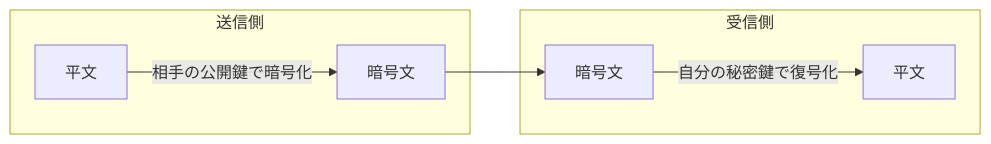
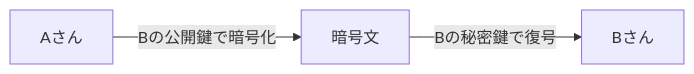
The sixth of 15 diagrams in docs/curriculum/02-aws-http.md (muratanaoki/party-box), drawn with Mermaid before and after one commit. The commit also changed other lines of this file, not shown here.

````diff
--- a/docs/curriculum/02-aws-http.md
+++ b/docs/curriculum/02-aws-http.md
@@ -210,12 +239,5 @@
 ```mermaid
 flowchart LR
-    subgraph 送信側
-        P1["平文"] -->|相手の公開鍵で暗号化| C1["暗号文"]
-    end
-
-    C1 --> C2["暗号文"]
-
-    subgraph 受信側
-        C2 -->|自分の秘密鍵で復号化| P2["平文"]
-    end
+    A["Aさん"] -->|Bの公開鍵で暗号化| Msg["暗号文"]
+    Msg -->|Bの秘密鍵で復号| B["Bさん"]
 ```
````
